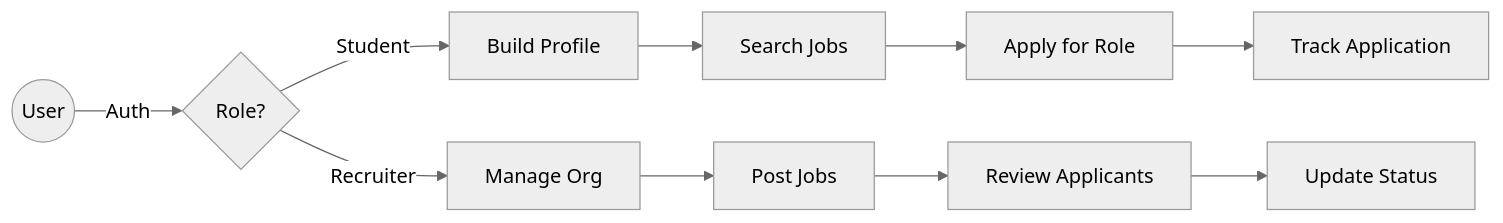
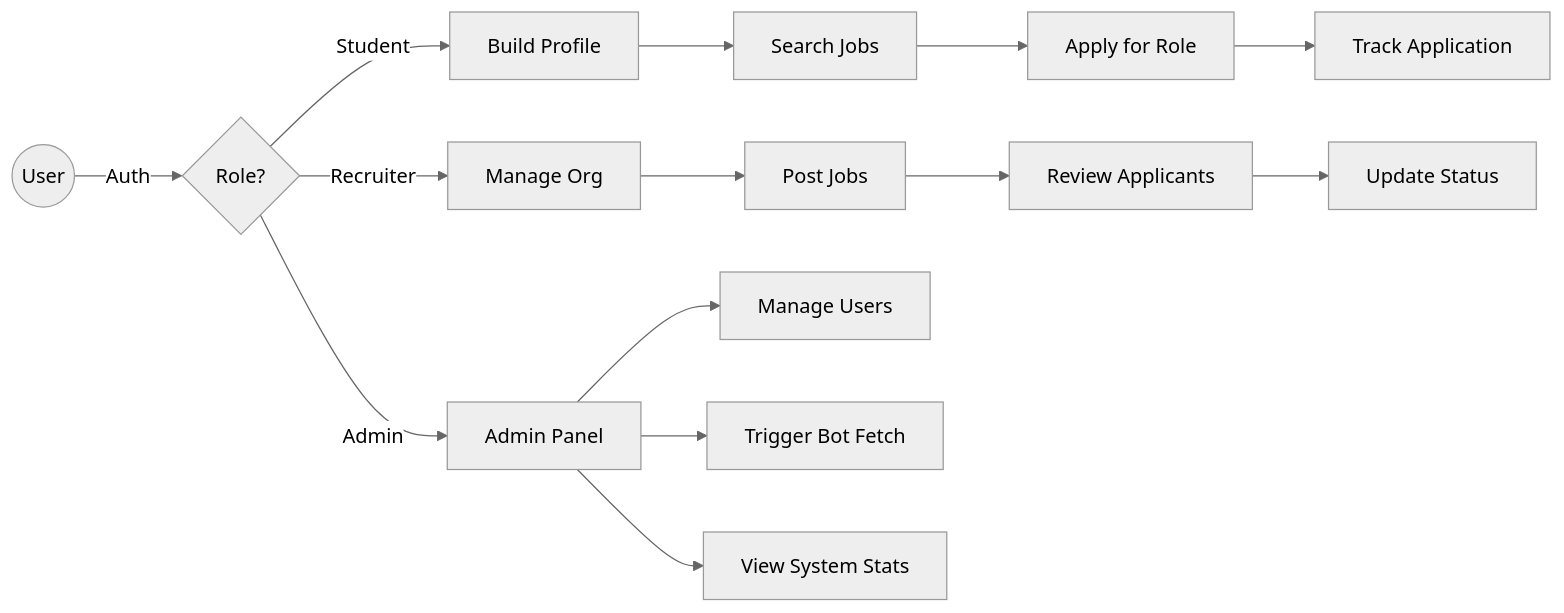
Before and after one commit to soumik2441139/hackathon: the first of 5 diagrams in README.md, drawn with Mermaid (neutral theme). The commit also changed other lines of this file and 25 other files, not shown here.

Commit message:
chore: project cleanup — remove 14 junk files, organize logs, comprehensive READMEs with mermaid diagrams

````diff
--- a/README.md
+++ b/README.md
@@ -23,13 +40,18 @@
 ```mermaid
 graph LR
     User((User)) -->|Auth| Dashboard{Role?}
-    Dashboard -->|Student| S_Profile[Build Profile]
-    S_Profile --> S_Search[Search Jobs]
-    S_Search --> S_Apply[Apply for Role]
-    S_Apply --> S_Track[Track Application]
+    Dashboard -->|Student| S_Profile["Build Profile"]
+    S_Profile --> S_Search["Search Jobs"]
+    S_Search --> S_Apply["Apply for Role"]
+    S_Apply --> S_Track["Track Application"]
     
-    Dashboard -->|Recruiter| R_Org[Manage Org]
-    R_Org --> R_Post[Post Jobs]
-    R_Post --> R_Review[Review Applicants]
-    R_Review --> R_Status[Update Status]
+    Dashboard -->|Recruiter| R_Org["Manage Org"]
+    R_Org --> R_Post["Post Jobs"]
+    R_Post --> R_Review["Review Applicants"]
+    R_Review --> R_Status["Update Status"]
+    
+    Dashboard -->|Admin| A_Panel["Admin Panel"]
+    A_Panel --> A_Users["Manage Users"]
+    A_Panel --> A_Bot["Trigger Bot Fetch"]
+    A_Panel --> A_Stats["View System Stats"]
 ```
````
